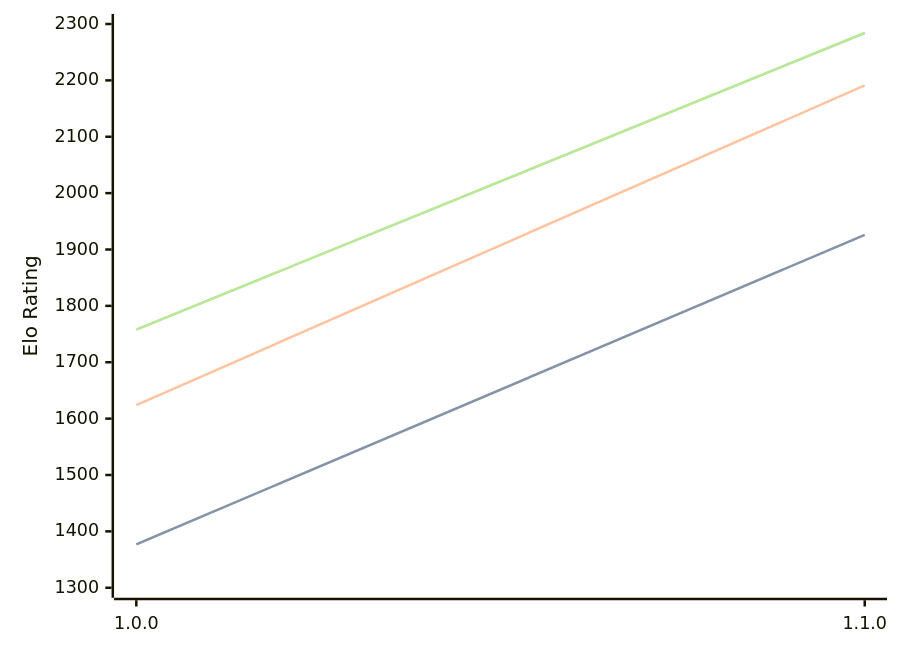
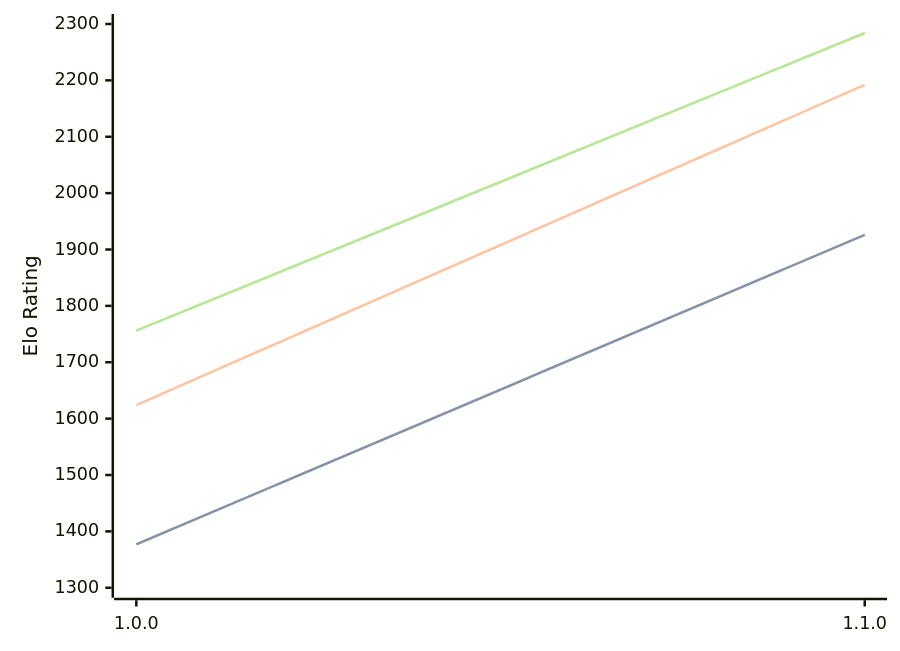
One commit to computer-chess-index/cci changed the diagram in engines/Akerbeltz.md. Above: the diagram before and after it, drawn with Mermaid. The commit also changed other lines of this file, not shown here.

Commit message:
Update CCI Ratings (ELO VLTC) - 2026-08-04

````diff
--- a/engines/Akerbeltz.md
+++ b/engines/Akerbeltz.md
@@ -32,11 +32,11 @@
 ```mermaid
 %%{init: {"theme":"base","themeVariables":{"seriesColors:['#a3a3a3','#222221','#faa371']}}}%%
 xychart-beta
   x-axis ["1.0.0", "1.1.0"]
   y-axis "Elo Rating" 1300 --> 2300
   line "STC (8.0+0.08s)" [1377, 1926]
   line "STC (8.0+0.08s)" [1377, 1926]
-  line "LTC (60.0+0.60s)" [1624, 2191]
-  line "VLTC (2m24s+1.12s)" [1758, 2284]
-  line "VLTC (2m24s+1.12s)" [1758, 2284]
+  line "LTC (60.0+0.60s)" [1624, 2192]
+  line "VLTC (2m24s+1.12s)" [1756, 2284]
+  line "VLTC (2m24s+1.12s)" [1756, 2284]
 ```
````
